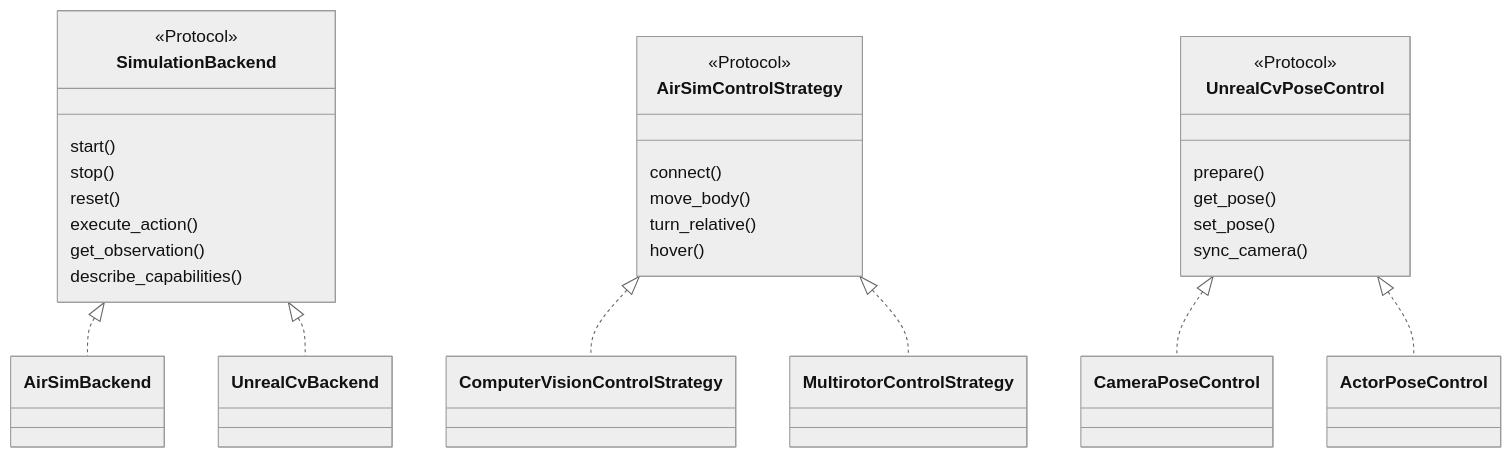
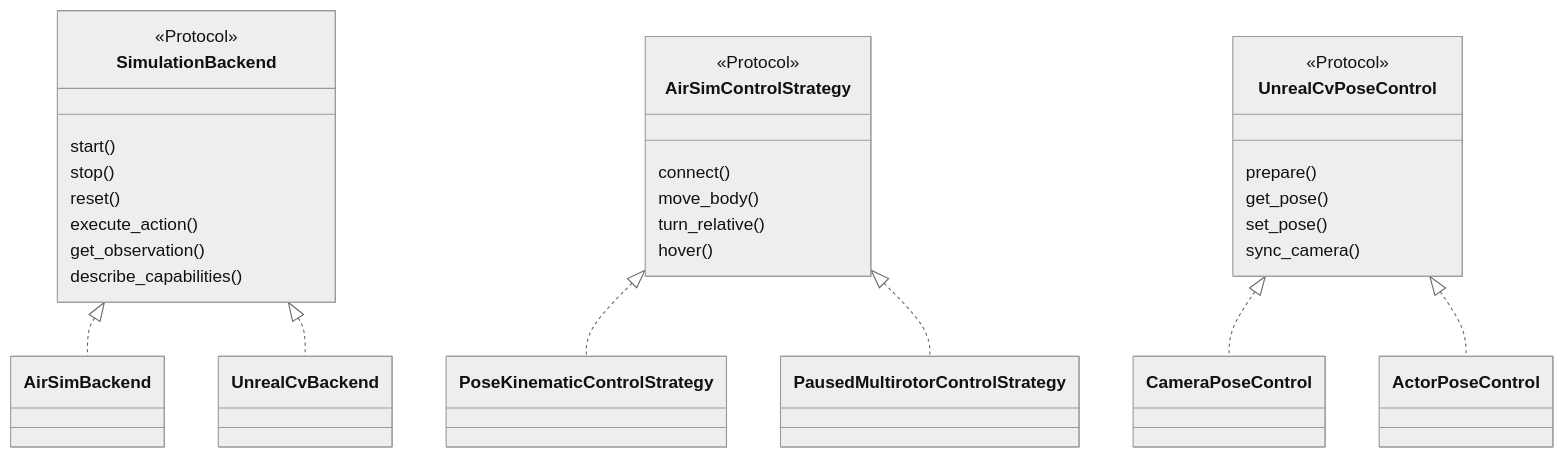
One commit to LZ6years/AeroPilot changed the first of 2 diagrams in docs/simulator_control/06_backend_and_adapter_contracts.md. Above: the diagram before and after it, drawn with Mermaid (neutral theme). The commit also changed other lines of this file and 21 other files, not shown here.

Commit message:
feat(simulator): add explicit AirSim control strategies

````diff
--- a/docs/simulator_control/06_backend_and_adapter_contracts.md
+++ b/docs/simulator_control/06_backend_and_adapter_contracts.md
@@ -32,46 +32,46 @@
 ```mermaid
 classDiagram
     class SimulationBackend {
         <<Protocol>>
         start()
         stop()
         reset()
         execute_action()
         get_observation()
         describe_capabilities()
     }
 
     class AirSimBackend
     class UnrealCvBackend
 
     SimulationBackend <|.. AirSimBackend
     SimulationBackend <|.. UnrealCvBackend
 
     class AirSimControlStrategy {
         <<Protocol>>
         connect()
         move_body()
         turn_relative()
         hover()
     }
 
-    class ComputerVisionControlStrategy
-    class MultirotorControlStrategy
+    class PoseKinematicControlStrategy
+    class PausedMultirotorControlStrategy
 
-    AirSimControlStrategy <|.. ComputerVisionControlStrategy
-    AirSimControlStrategy <|.. MultirotorControlStrategy
+    AirSimControlStrategy <|.. PoseKinematicControlStrategy
+    AirSimControlStrategy <|.. PausedMultirotorControlStrategy
 
     class UnrealCvPoseControl {
         <<Protocol>>
         prepare()
         get_pose()
         set_pose()
         sync_camera()
     }
 
     class CameraPoseControl
     class ActorPoseControl
 
     UnrealCvPoseControl <|.. CameraPoseControl
     UnrealCvPoseControl <|.. ActorPoseControl
 ```
````
